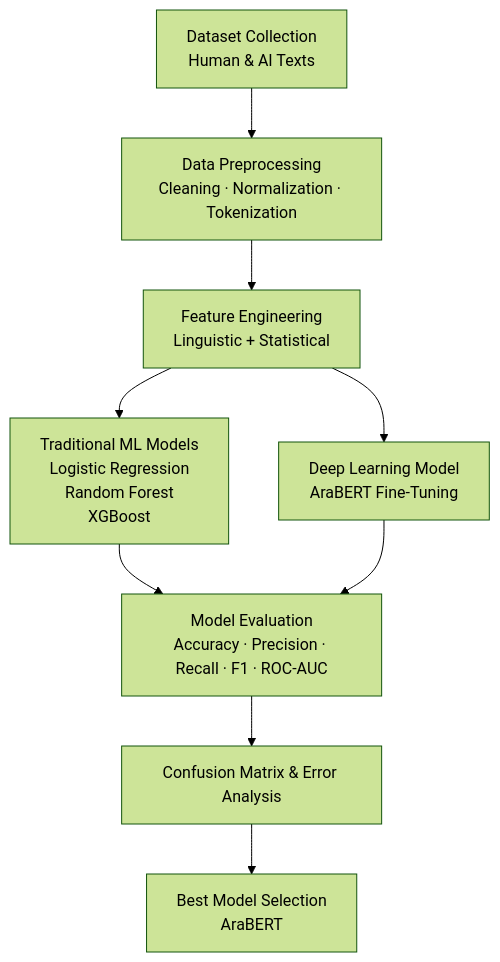
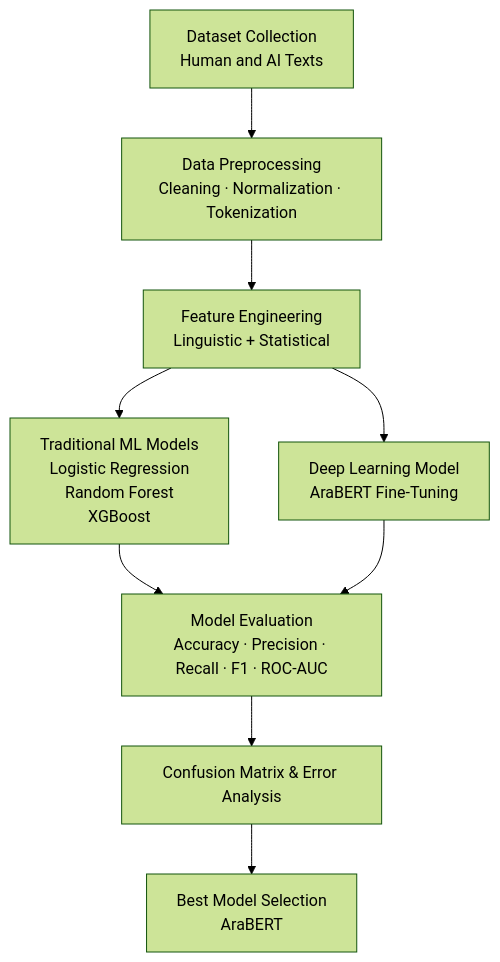
Before and after one commit to areej349/AI-Generated-Arabic-Text-Detection_PROJECT: the diagram in README.md, drawn with Mermaid (forest theme).

````diff
--- a/README.md
+++ b/README.md
@@ -69,18 +69,18 @@
 ```mermaid
 flowchart TD
-    A[Dataset Collection<br/>Human & AI Texts]
+    A[Dataset Collection<br/>Human and AI Texts]
     B[Data Preprocessing<br/>Cleaning · Normalization · Tokenization]
     C[Feature Engineering<br/>Linguistic + Statistical]
     D[Traditional ML Models<br/>Logistic Regression<br/>Random Forest<br/>XGBoost]
     E[Deep Learning Model<br/>AraBERT Fine-Tuning]
     F[Model Evaluation<br/>Accuracy · Precision · Recall · F1 · ROC-AUC]
     G[Confusion Matrix & Error Analysis]
     H[Best Model Selection<br/>AraBERT]
 
     A --> B --> C
     C --> D
     C --> E
     D --> F
     E --> F
     F --> G --> H
 ```
````
